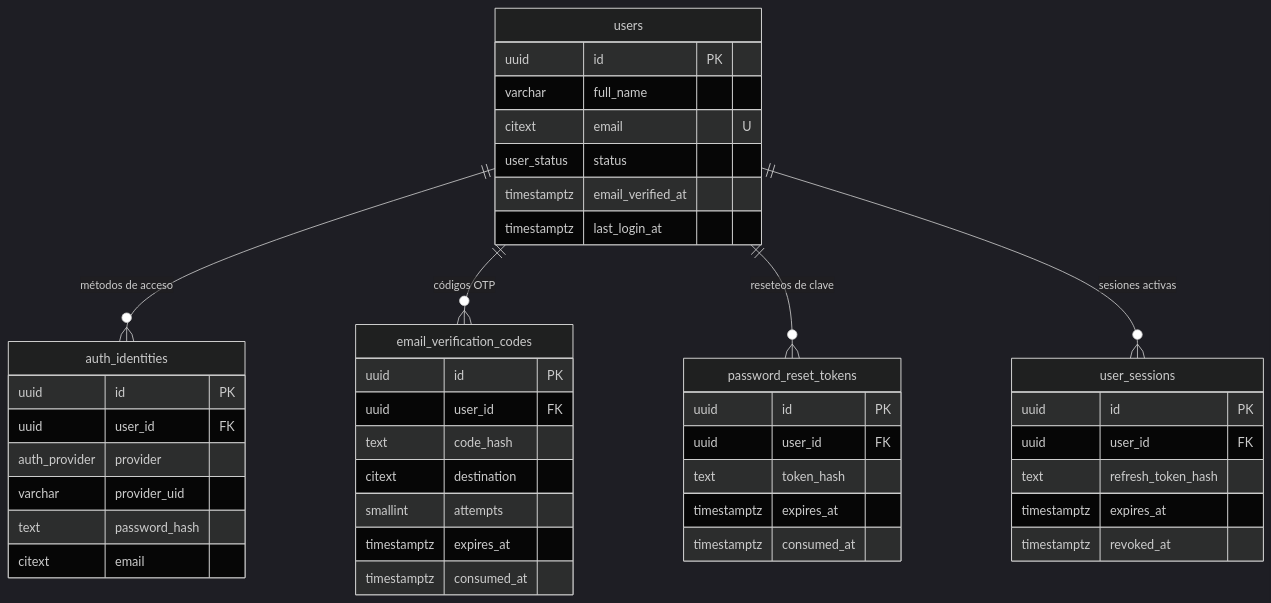
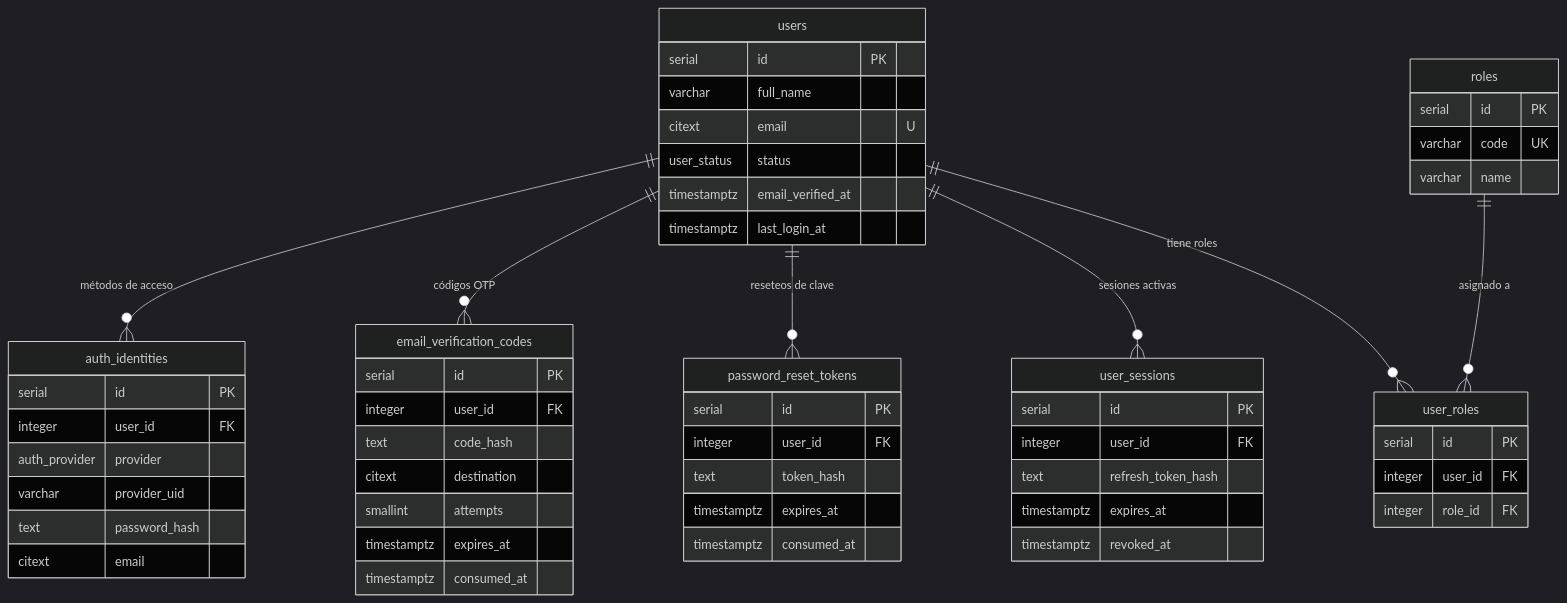
The diagram in .kiro/specs/isy-mocks/database.md (rarizandieta/isy), drawn with Mermaid (dark theme) before and after one commit. The commit also changed other lines of this file and 85 other files, not shown here.

````diff
--- a/.kiro/specs/isy-mocks/database.md
+++ b/.kiro/specs/isy-mocks/database.md
@@ -39,47 +39,59 @@
 ```mermaid
 erDiagram
     users ||--o{ auth_identities          : "métodos de acceso"
     users ||--o{ email_verification_codes : "códigos OTP"
     users ||--o{ password_reset_tokens    : "reseteos de clave"
     users ||--o{ user_sessions            : "sesiones activas"
+    users ||--o{ user_roles               : "tiene roles"
+    roles ||--o{ user_roles               : "asignado a"
 
     users {
-        uuid        id PK
+        serial      id PK
         varchar     full_name
         citext      email "U"
         user_status status
         timestamptz email_verified_at
         timestamptz last_login_at
     }
     auth_identities {
-        uuid          id PK
-        uuid          user_id FK
+        serial        id PK
+        integer       user_id FK
         auth_provider provider
         varchar       provider_uid
         text          password_hash
         citext        email
     }
     email_verification_codes {
-        uuid        id PK
-        uuid        user_id FK
+        serial      id PK
+        integer     user_id FK
         text        code_hash
         citext      destination
         smallint    attempts
         timestamptz expires_at
         timestamptz consumed_at
     }
     password_reset_tokens {
-        uuid        id PK
-        uuid        user_id FK
+        serial      id PK
+        integer     user_id FK
         text        token_hash
         timestamptz expires_at
         timestamptz consumed_at
     }
     user_sessions {
-        uuid        id PK
-        uuid        user_id FK
+        serial      id PK
+        integer     user_id FK
         text        refresh_token_hash
         timestamptz expires_at
         timestamptz revoked_at
     }
+    roles {
+        serial  id PK
+        varchar code UK
+        varchar name
+    }
+    user_roles {
+        serial  id PK
+        integer user_id FK
+        integer role_id FK
+    }
 ```
````
